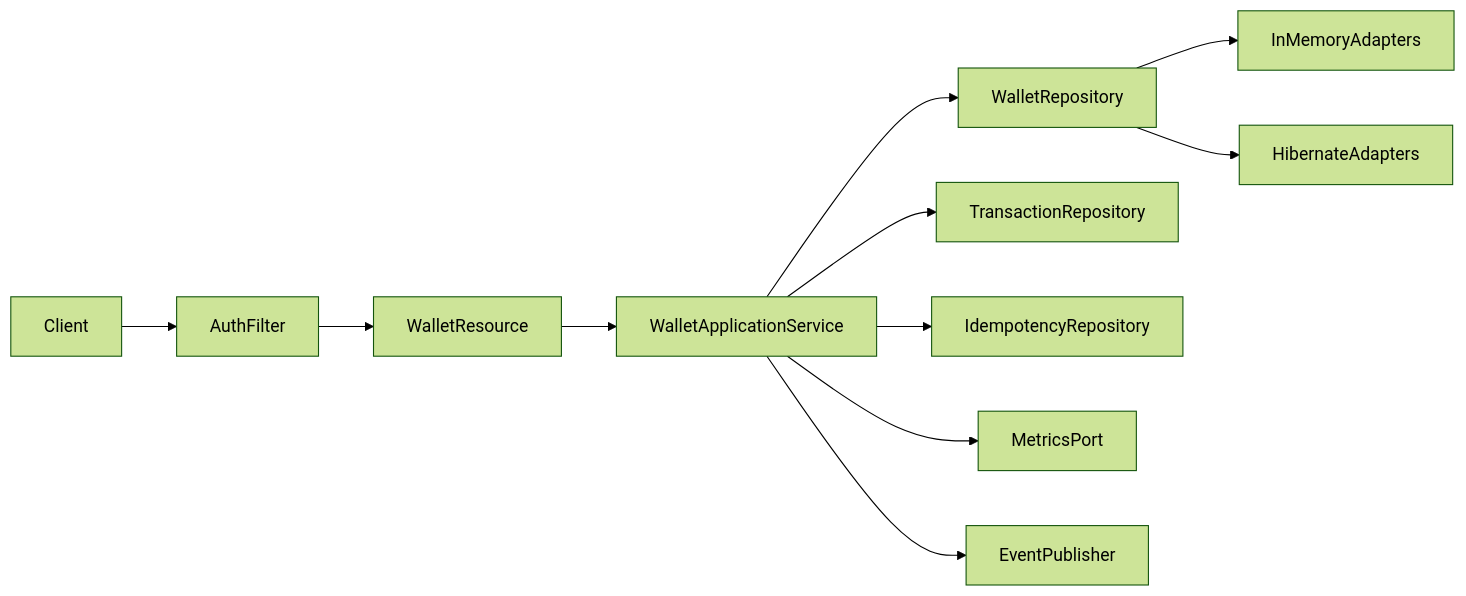
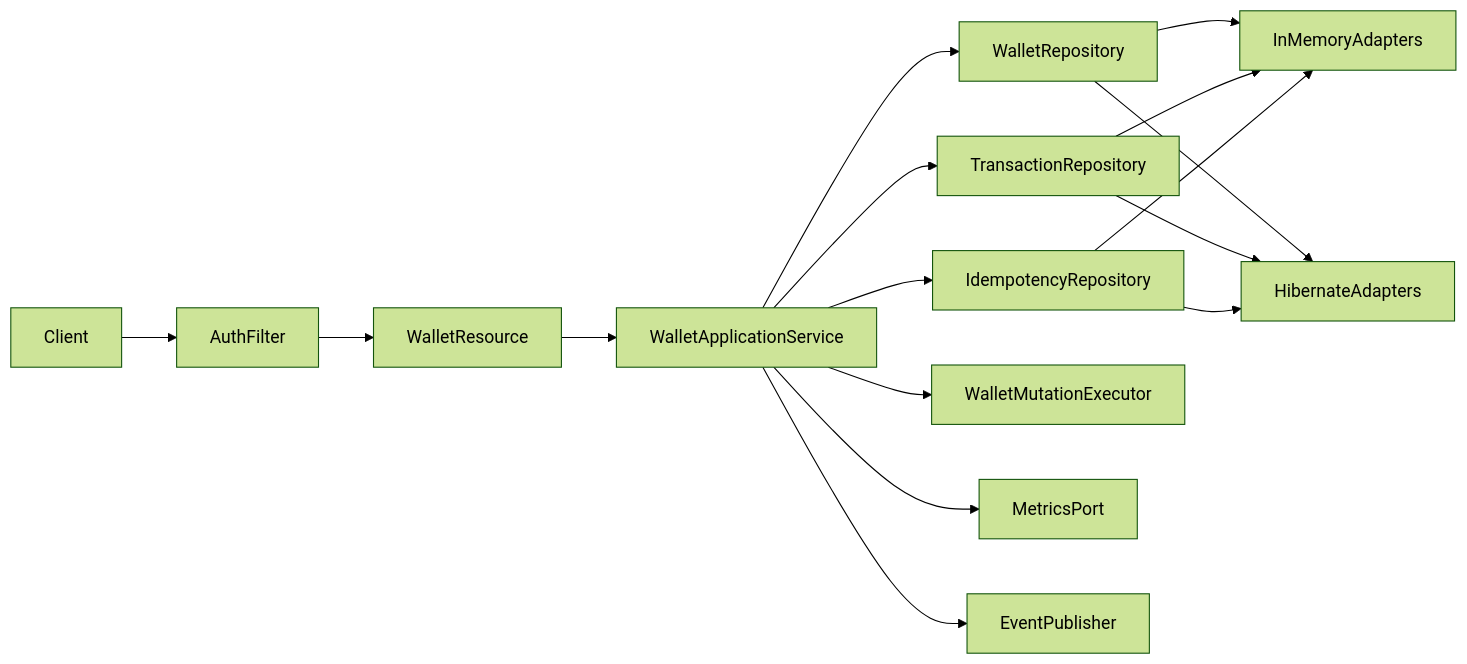
Before and after one commit to codewithakc/wallet-service: the third of 7 diagrams in docs/HLD.md, drawn with Mermaid (forest theme). The commit also changed other lines of this file, not shown here.

````diff
--- a/docs/HLD.md
+++ b/docs/HLD.md
@@ -77,13 +98,18 @@
 ```mermaid
 flowchart LR
 Client --> AuthFilter
 AuthFilter --> WalletResource
 WalletResource --> WalletApplicationService
 WalletApplicationService --> WalletRepository
 WalletApplicationService --> TransactionRepository
 WalletApplicationService --> IdempotencyRepository
+WalletApplicationService --> WalletMutationExecutor
 WalletApplicationService --> MetricsPort
 WalletApplicationService --> EventPublisher
 WalletRepository --> InMemoryAdapters
 WalletRepository --> HibernateAdapters
+TransactionRepository --> InMemoryAdapters
+TransactionRepository --> HibernateAdapters
+IdempotencyRepository --> InMemoryAdapters
+IdempotencyRepository --> HibernateAdapters
 ```
````
